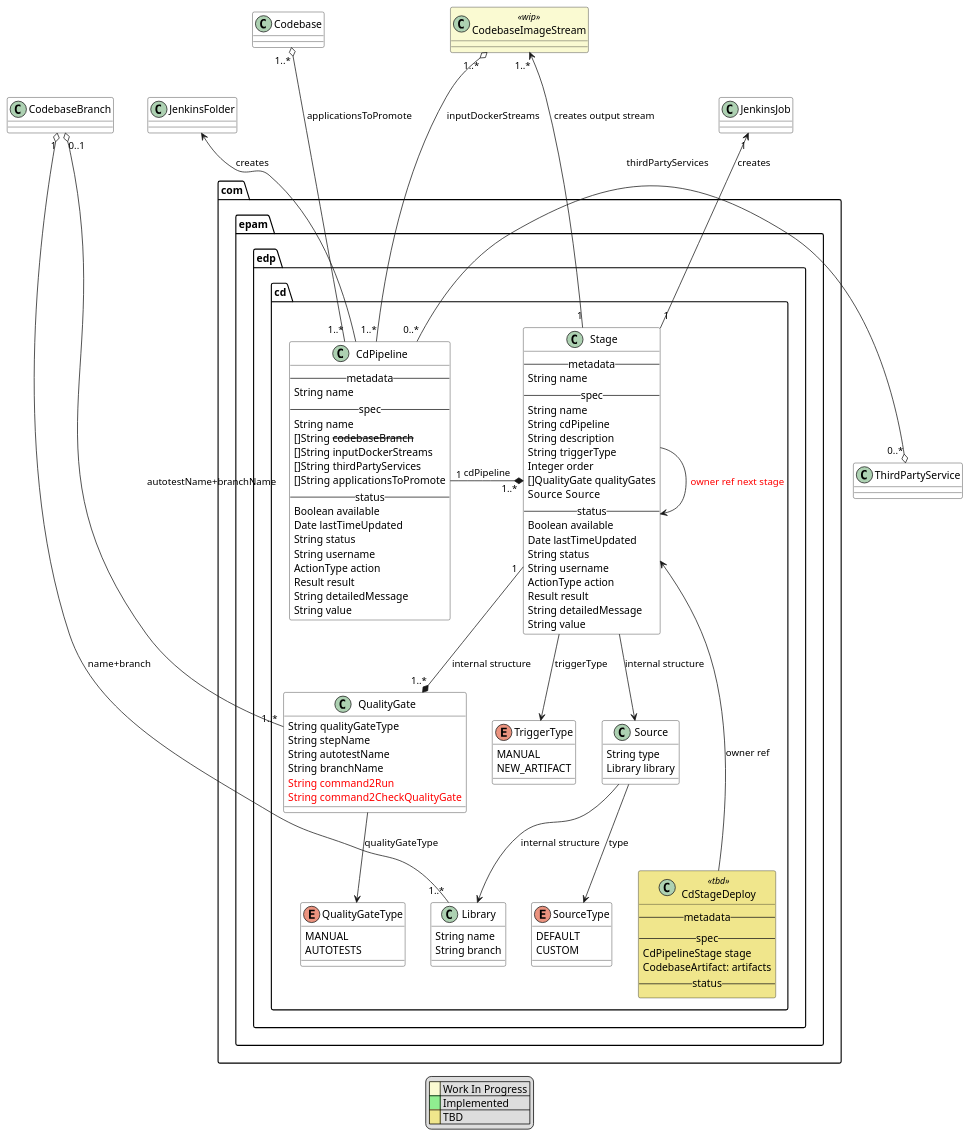
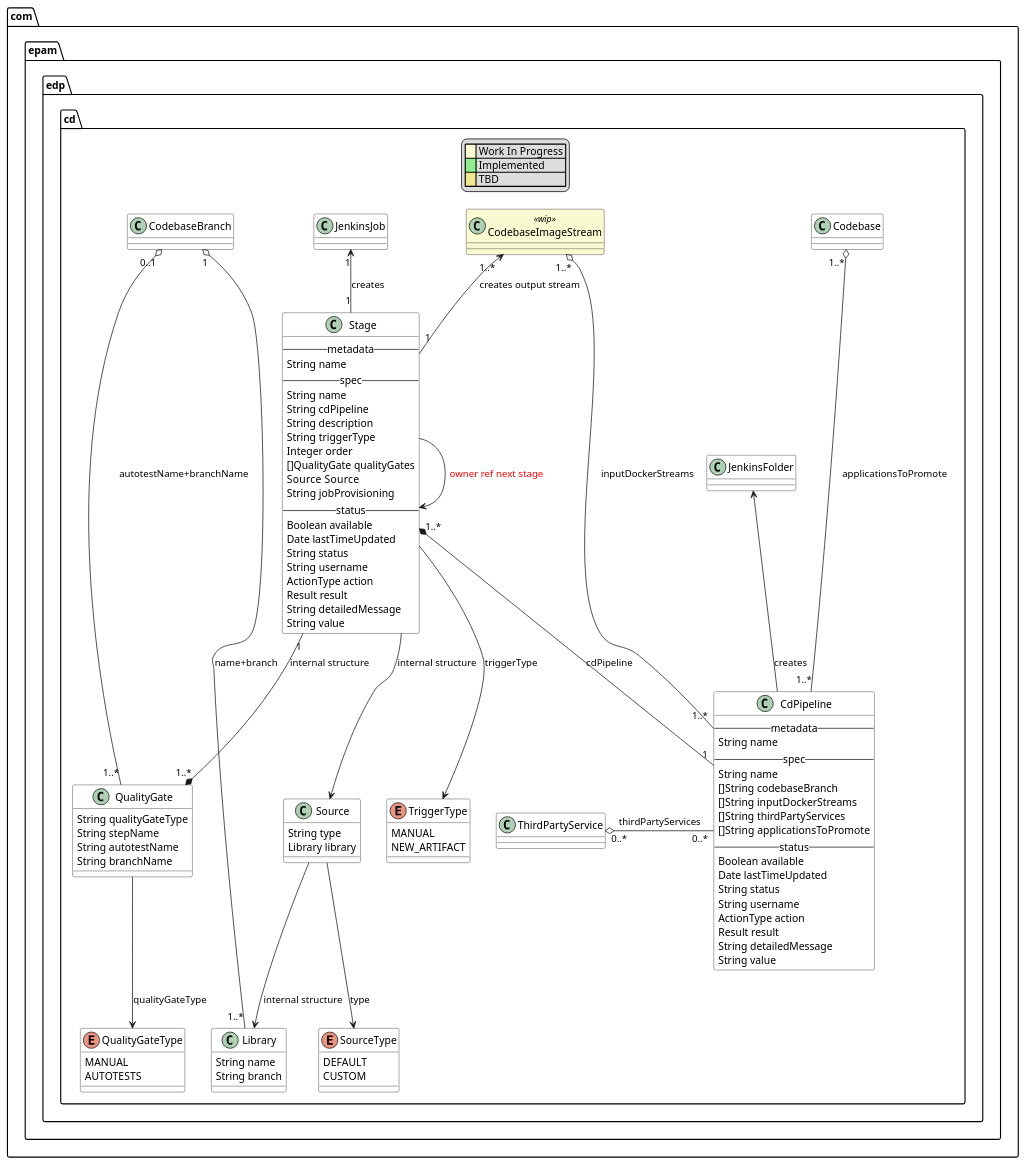
One commit to epam/edp-cd-pipeline-operator changed the diagram in documentation/puml/arch.puml. Above: the diagram before and after it, drawn with PlantUML.

Commit message:
[EPMDEDP-6437]: Update arch doc

```diff
--- a/documentation/puml/arch.puml
+++ b/documentation/puml/arch.puml
@@ -1,121 +1,111 @@
 @startuml
 
 skinparam class {
     BackgroundColor #white
 	BackgroundColor<<wip>> LightGoldenRodYellow
 	BackgroundColor<<tbd>> Khaki
 }
 
 package com.epam.edp.cd {
   class CdPipeline {
     -- metadata --
         String name
     -- spec --
         String name
-        []String --codebaseBranch--
+        []String codebaseBranch
         []String inputDockerStreams
         []String thirdPartyServices
         []String applicationsToPromote
     -- status --
         Boolean available
         Date lastTimeUpdated
         String status
         String username
         ActionType action
         Result result
         String detailedMessage
         String value
   }
 
   CdPipeline "1" -l-* "1..*" Stage : cdPipeline
 
   class Stage {
     -- metadata --
         String name
     -- spec --
         String name
         String cdPipeline
         String description
         String triggerType
         Integer order
         []QualityGate qualityGates
         Source  Source
+        String jobProvisioning
     -- status --
         Boolean available
         Date lastTimeUpdated
         String status
         String username
         ActionType action
         Result result
         String detailedMessage
         String value
   }
 
   Stage "1" --* "1..*" QualityGate : internal structure
   class QualityGate  {
         String qualityGateType
         String stepName
         String autotestName
         String branchName
-        <color red>String command2Run</color>
-        <color red>String command2CheckQualityGate</color>
   }
+
   QualityGate --> QualityGateType : qualityGateType
   enum QualityGateType {
         MANUAL
         AUTOTESTS
   }
 
   Stage --> Source : internal structure
   class Source {
         String type
         Library library
   }
   Source --> SourceType : type
   enum SourceType {
         DEFAULT
         CUSTOM
   }
   Source --> Library : internal structure
   class Library {
         String name
         String branch
   }
 
   Stage --> Stage : <color red>owner ref next stage</color>
 
   enum TriggerType {
     MANUAL
     NEW_ARTIFACT
   }
   Stage --> TriggerType : triggerType
 
-  class CdStageDeploy <<tbd>> {
-    -- metadata --
-    -- spec --
-      CdPipelineStage stage
-      CodebaseArtifact: artifacts
-    -- status --
-  }
-  CdStageDeploy -u--> Stage :owner ref
-}
-
 class CodebaseImageStream <<wip>>
 
 JenkinsFolder <-- CdPipeline : "creates"
 ThirdPartyService "0..*" o- "0..*" CdPipeline : thirdPartyServices
 Codebase "1..*" o--- "1..*" CdPipeline : applicationsToPromote
 CodebaseImageStream "1..*" o--- "1..*" CdPipeline : inputDockerStreams
 CodebaseBranch "0..1" o--- "1..*" QualityGate : autotestName+branchName
 CodebaseBranch "1" o--- "1..*" Library : name+branch
 JenkinsJob "1" <-- "1" Stage : creates
 CodebaseImageStream "1..*" <-- "1" Stage : creates output stream
 
 legend
 |<back:LightGoldenRodYellow>    </back>| Work In Progress |
 |<back:LightGreen>    </back>| Implemented |
 |<back:Khaki>    </back>| TBD |
 endlegend
 
 
 @enduml
```
